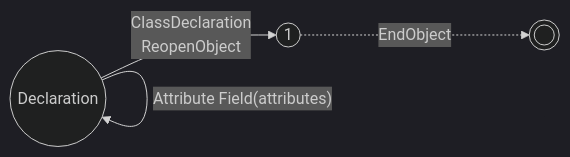
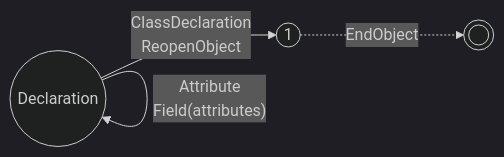
One commit to vczh-websites/vczh changed diagram 19 of 20 in Blog/GLR-Refactoring/Mermaid.md. Above: the diagram before and after it, drawn with Mermaid (dark theme). The commit also changed other lines of this file, not shown here.

````diff
--- a/Blog/GLR-Refactoring/Mermaid.md
+++ b/Blog/GLR-Refactoring/Mermaid.md
@@ -320,7 +542,8 @@
 ```mermaid
 graph LR
   S((Declaration))-- ClassDeclaration
 ReopenObject -->1
-  S-- Attribute Field(attributes) -->S
+  S-- Attribute
+    Field(attributes) -->S
   1((1))-. EndObject .->E((( )))
 ```
````
